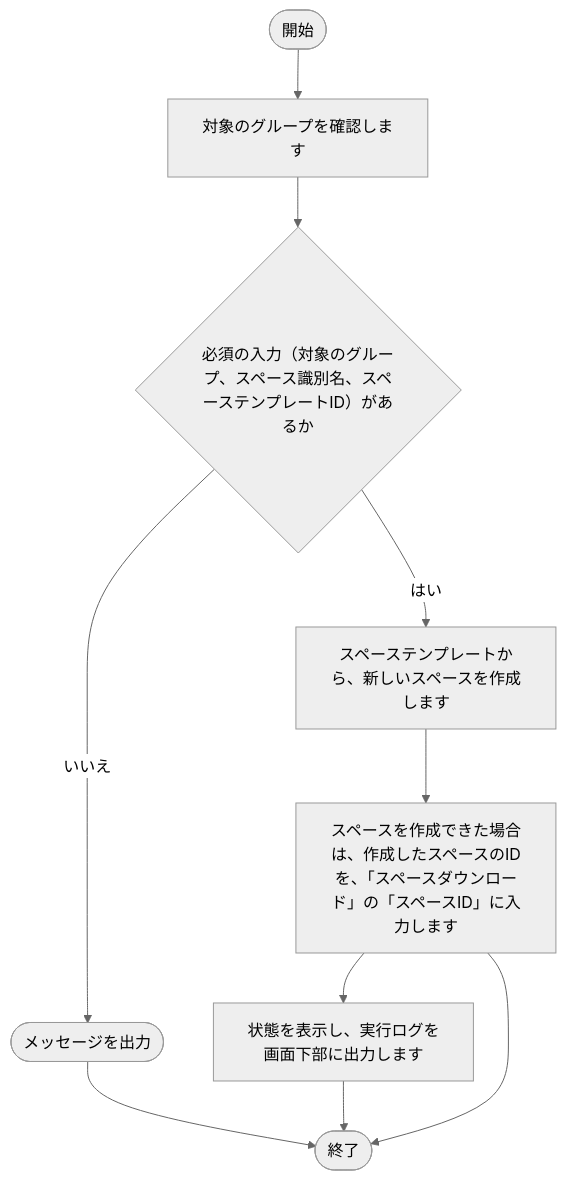
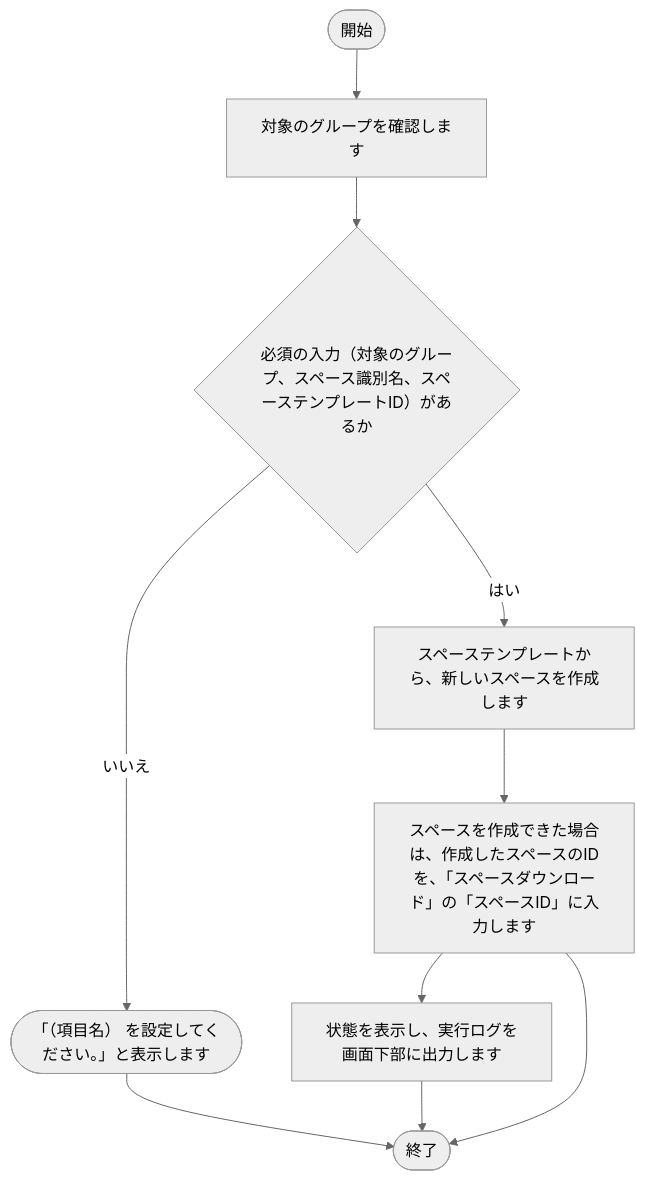
Before and after one commit to nishida2073/project_management: the third of 16 diagrams in tool/kintone-resourse-generator/doc/02_設計/処理フロー.md, drawn with Mermaid (neutral theme). The commit also changed other lines of this file and 81 other files, not shown here.

````diff
--- a/tool/kintone-resourse-generator/doc/02_設計/処理フロー.md
+++ b/tool/kintone-resourse-generator/doc/02_設計/処理フロー.md
@@ -111,20 +112,20 @@
 ```mermaid
 flowchart TD
     S(["開始"])
     E(["終了"])
     N1["対象のグループを確認します"]
     S --> N1
     N2{"必須の入力（対象のグループ、スペース識別名、スペーステンプレートID）があるか"}
-    X2(["メッセージを出力"])
+    X2(["「（項目名） を設定してください。」と表示します"])
     X2 --> E
     N2 -- いいえ --> X2
     N1 --> N2
     N3["スペーステンプレートから、新しいスペースを作成します"]
     N2 -- はい --> N3
     N4["スペースを作成できた場合は、作成したスペースのIDを、「スペースダウンロード」の「スペースID」に入力します"]
     N3 --> N4
     N5["状態を表示し、実行ログを画面下部に出力します"]
     N4 --> N5
     N5 --> E
     N4 --> E
 ```
````
